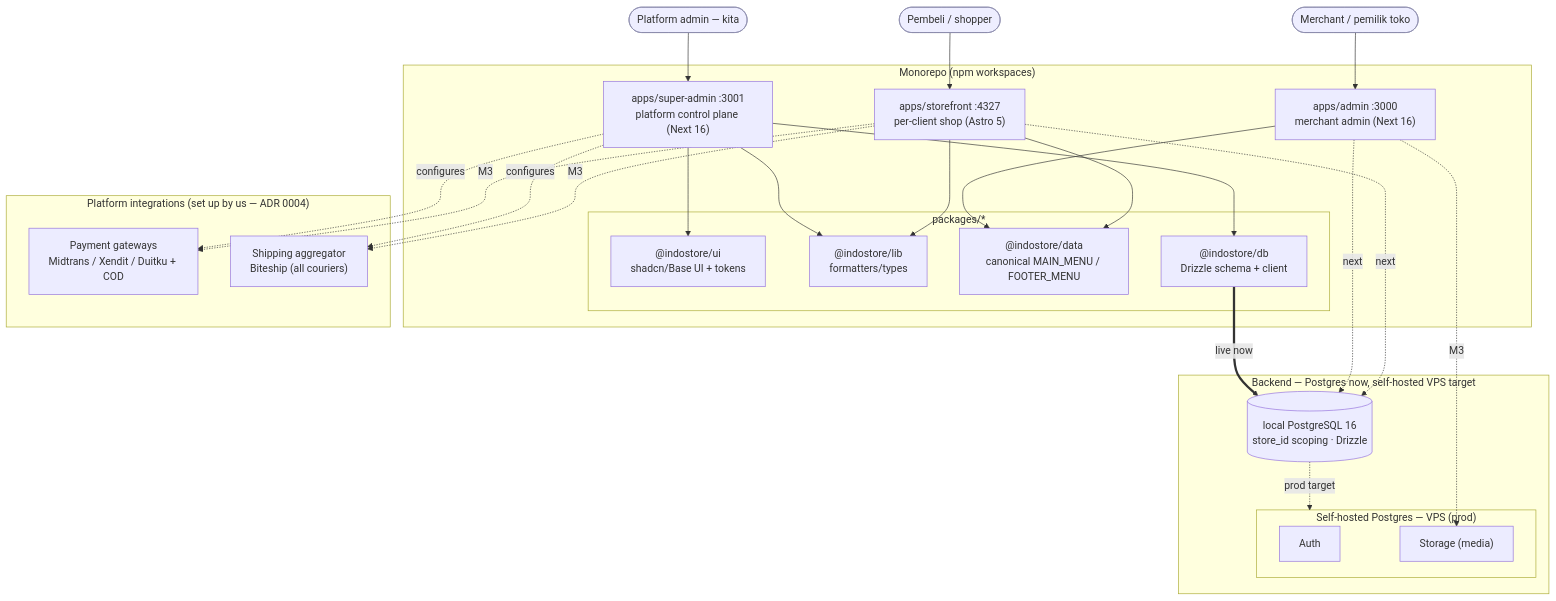
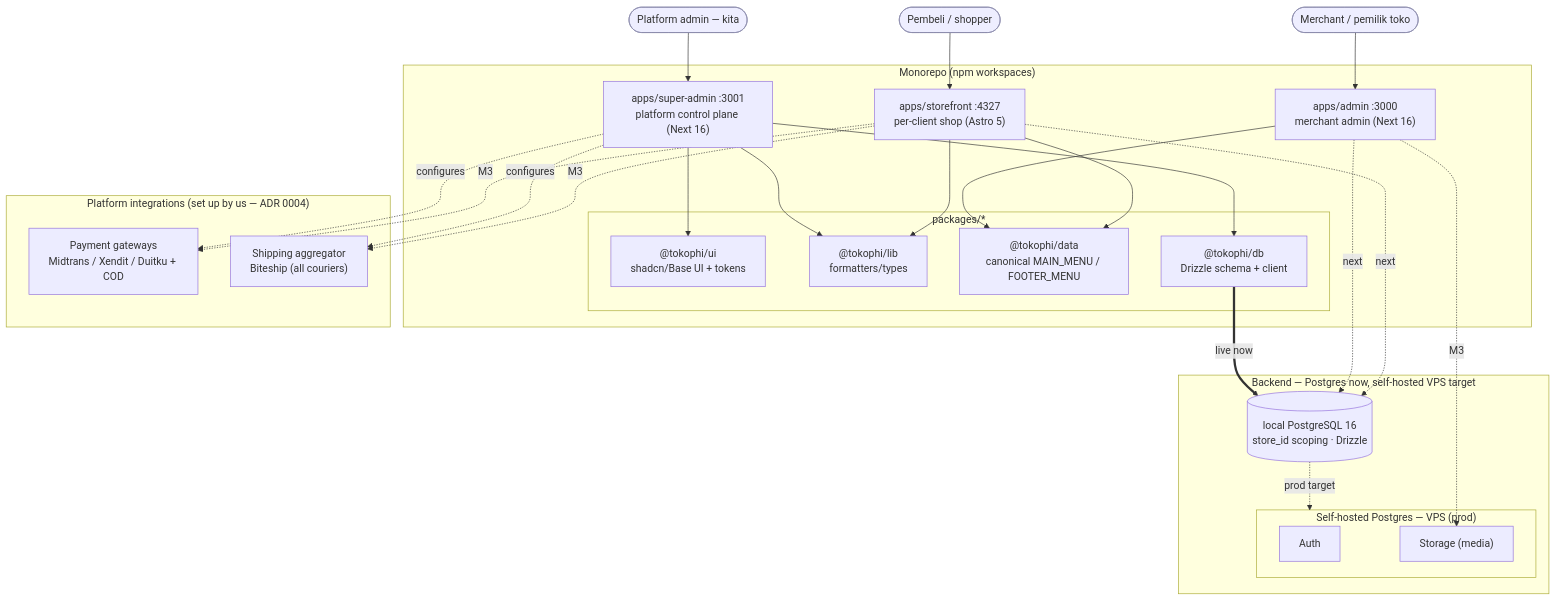
One commit to ongkipro/tokophi changed the first of 11 diagrams in specs/docs/UML.md. Above: the diagram before and after it, drawn with Mermaid. The commit also changed other lines of this file and 98 other files, not shown here.

````diff
--- a/specs/docs/UML.md
+++ b/specs/docs/UML.md
@@ -10,54 +10,54 @@
 ```mermaid
 graph TB
   Shopper([Pembeli / shopper]):::user
   Merchant([Merchant / pemilik toko]):::user
   PlatformAdmin([Platform admin — kita]):::user
 
   subgraph Monorepo["Monorepo (npm workspaces)"]
     Admin["apps/admin :3000<br/>merchant admin (Next 16)"]
     SuperAdmin["apps/super-admin :3001<br/>platform control plane (Next 16)"]
     Storefront["apps/storefront :4327<br/>per-client shop (Astro 5)"]
     subgraph Packages["packages/*"]
-      UI["@indostore/ui<br/>shadcn/Base UI + tokens"]
-      Lib["@indostore/lib<br/>formatters/types"]
-      Data["@indostore/data<br/>canonical MAIN_MENU / FOOTER_MENU"]
-      Db["@indostore/db<br/>Drizzle schema + client"]
+      UI["@tokophi/ui<br/>shadcn/Base UI + tokens"]
+      Lib["@tokophi/lib<br/>formatters/types"]
+      Data["@tokophi/data<br/>canonical MAIN_MENU / FOOTER_MENU"]
+      Db["@tokophi/db<br/>Drizzle schema + client"]
     end
   end
 
   subgraph Backend["Backend — Postgres now, self-hosted VPS target"]
     PGSQL[("local PostgreSQL 16<br/>store_id scoping · Drizzle")]
     subgraph Sb["Self-hosted Postgres — VPS (prod)"]
       Auth["Auth"]
       Storage["Storage (media)"]
     end
   end
 
   subgraph Integrations["Platform integrations (set up by us — ADR 0004)"]
     PG["Payment gateways<br/>Midtrans / Xendit / Duitku + COD"]
     AGG["Shipping aggregator<br/>Biteship (all couriers)"]
   end
 
   Shopper --> Storefront
   Merchant --> Admin
   PlatformAdmin --> SuperAdmin
 
   SuperAdmin --> UI
   SuperAdmin --> Lib
   Admin --> Data
   Storefront --> Lib
   Storefront --> Data
 
   SuperAdmin --> Db
   Db ==>|live now| PGSQL
   Admin -. next .-> PGSQL
   Storefront -. next .-> PGSQL
   PGSQL -. prod target .-> Sb
   Admin -. M3 .-> Storage
   SuperAdmin -. configures .-> PG
   SuperAdmin -. configures .-> AGG
   Storefront -. M3 .-> PG
   Storefront -. M3 .-> AGG
 
   classDef user fill:#eef,stroke:#88a;
 ```
````
